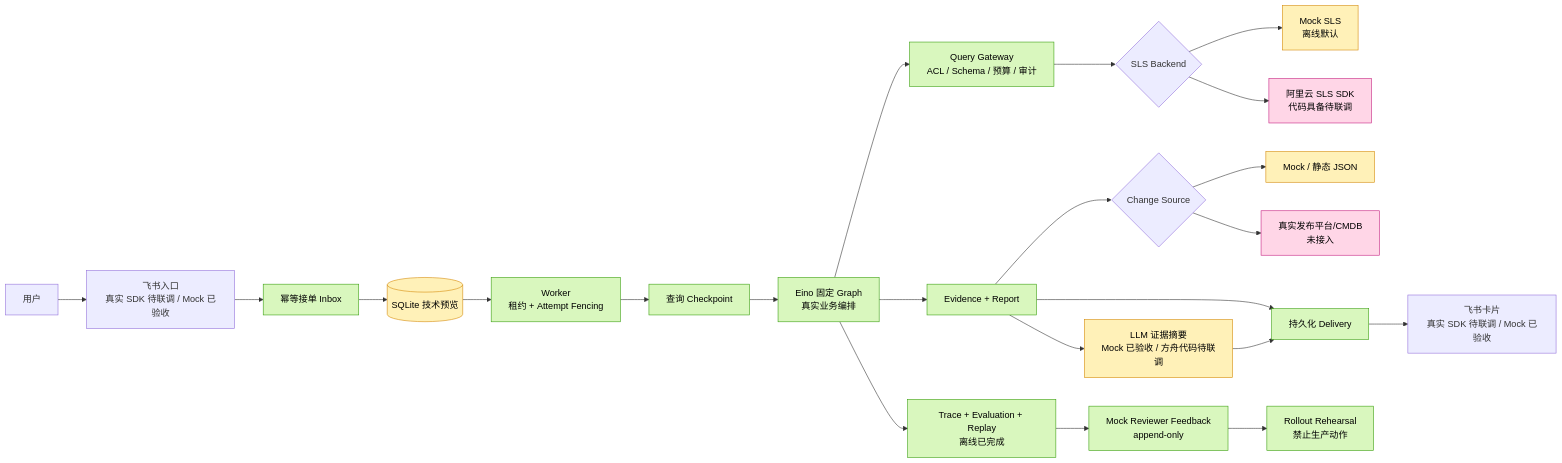
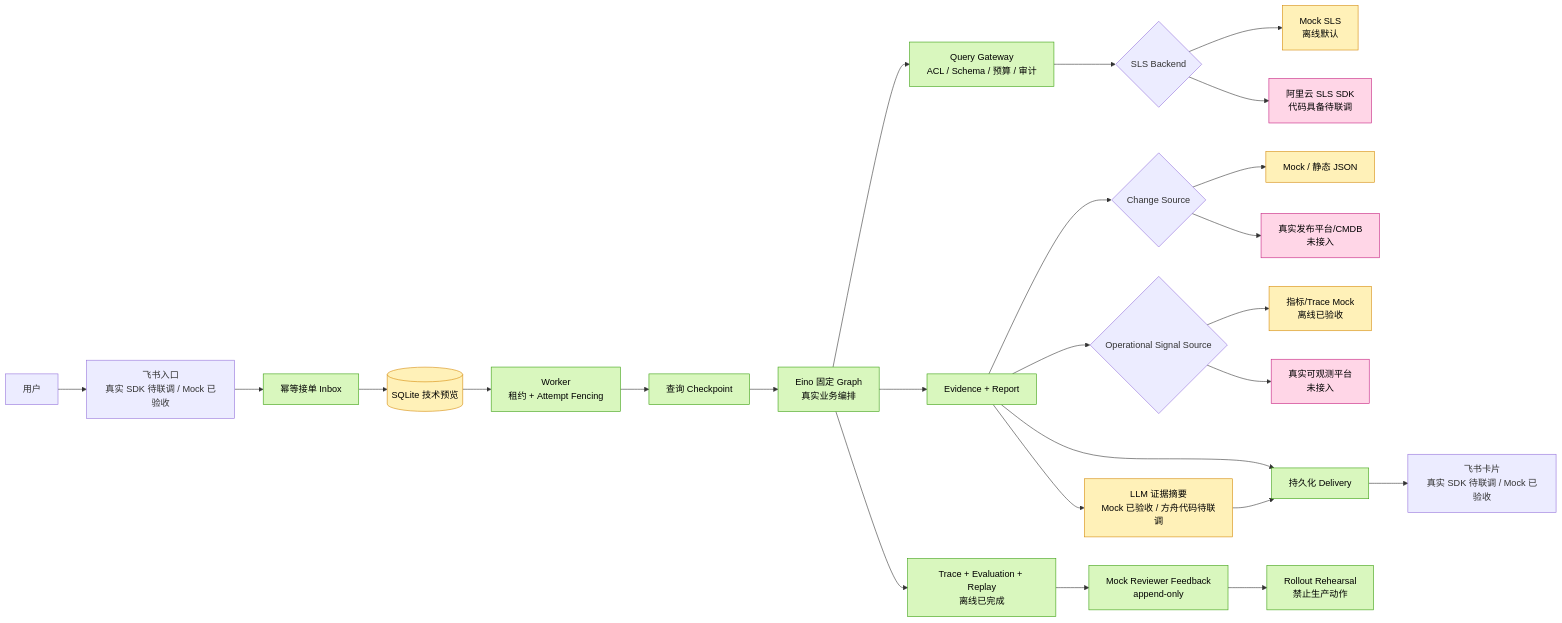
Before and after one commit to KK25KK/log-agent: the first of 2 diagrams in docs/current-capabilities-and-real-integration-inventory.md, drawn with Mermaid. The commit also changed other lines of this file and 25 other files, not shown here.

Commit message:
feat: add mock cross-signal incident timeline

````diff
--- a/docs/current-capabilities-and-real-integration-inventory.md
+++ b/docs/current-capabilities-and-real-integration-inventory.md
@@ -27,31 +27,34 @@
 ```mermaid
 flowchart LR
     U[用户] --> FI[飞书入口<br/>真实 SDK 待联调 / Mock 已验收]
     FI --> IN[幂等接单 Inbox]
     IN --> DB[(SQLite 技术预览)]
     DB --> WK[Worker<br/>租约 + Attempt Fencing]
     WK --> CP[查询 Checkpoint]
     CP --> EG[Eino 固定 Graph<br/>真实业务编排]
     EG --> GW[Query Gateway<br/>ACL / Schema / 预算 / 审计]
     GW --> SLS{SLS Backend}
     SLS --> SM[Mock SLS<br/>离线默认]
     SLS --> SR[阿里云 SLS SDK<br/>代码具备待联调]
     EG --> EV[Evidence + Report]
     EV --> CH{Change Source}
     CH --> CM[Mock / 静态 JSON]
     CH --> CR[真实发布平台/CMDB<br/>未接入]
+    EV --> SG{Operational Signal Source}
+    SG --> SGM[指标/Trace Mock<br/>离线已验收]
+    SG --> SGR[真实可观测平台<br/>未接入]
     EV --> OUT[持久化 Delivery]
     OUT --> FO[飞书卡片<br/>真实 SDK 待联调 / Mock 已验收]
     EG --> OBS[Trace + Evaluation + Replay<br/>离线已完成]
     OBS --> FB[Mock Reviewer Feedback<br/>append-only]
     FB --> RD[Rollout Rehearsal<br/>禁止生产动作]
     EV --> LLM[LLM 证据摘要<br/>Mock 已验收 / 方舟代码待联调]
     LLM --> OUT
 
     classDef done fill:#d9f7be,stroke:#389e0d,color:#000;
     classDef mock fill:#fff1b8,stroke:#d48806,color:#000;
     classDef pending fill:#ffd6e7,stroke:#c41d7f,color:#000;
     class IN,WK,CP,EG,GW,EV,OUT,OBS,FB,RD done;
-    class SM,CM,DB,LLM mock;
-    class SR,CR pending;
+    class SM,CM,SGM,DB,LLM mock;
+    class SR,CR,SGR pending;
 ```
````
